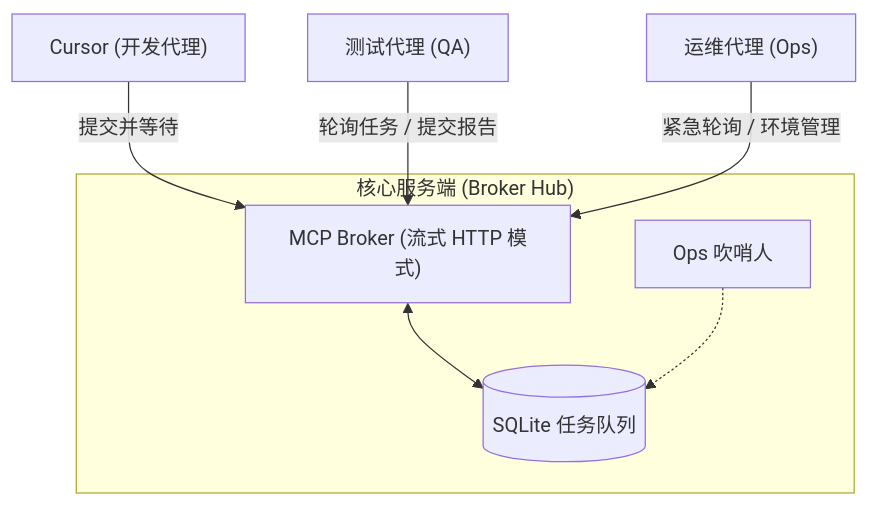
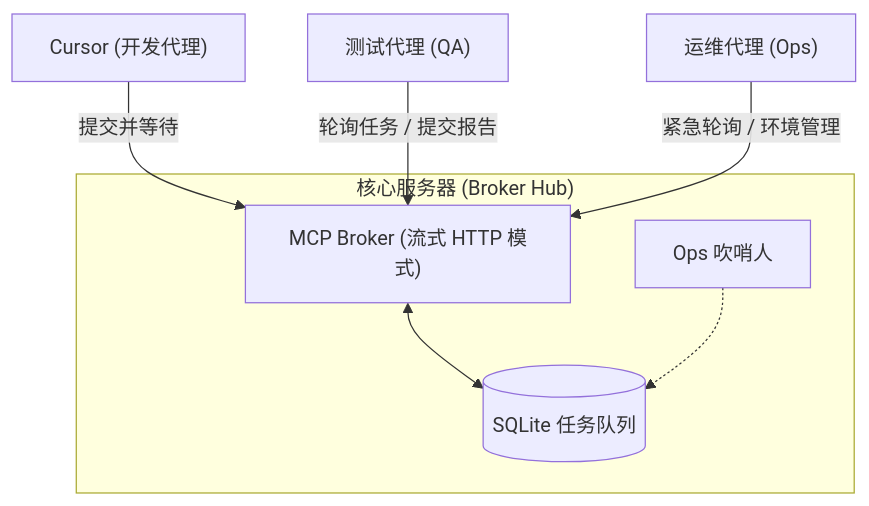
Before and after one commit to chen-muxi/AI-SyncForge: the second of 2 diagrams in README.md, drawn with Mermaid. The commit also changed other lines of this file and 9 other files, not shown here.

````diff
--- a/README.md
+++ b/README.md
@@ -87,15 +87,15 @@
 ```mermaid
 graph TD
-    subgraph "核心服务端 (Broker Hub)"
+    subgraph "核心服务器 (Broker Hub)"
         Broker["MCP Broker (流式 HTTP 模式)"]
         DB[(SQLite 任务队列)]
         Watchdog[Ops 吹哨人]
     end
 
     Dev["Cursor (开发代理)"] -- "提交并等待" --> Broker
     QA["测试代理 (QA)"] -- "轮询任务 / 提交报告" --> Broker
     Ops["运维代理 (Ops)"] -- "紧急轮询 / 环境管理" --> Broker
 
     Broker <--> DB
     Watchdog -.-> DB
 ```
````
